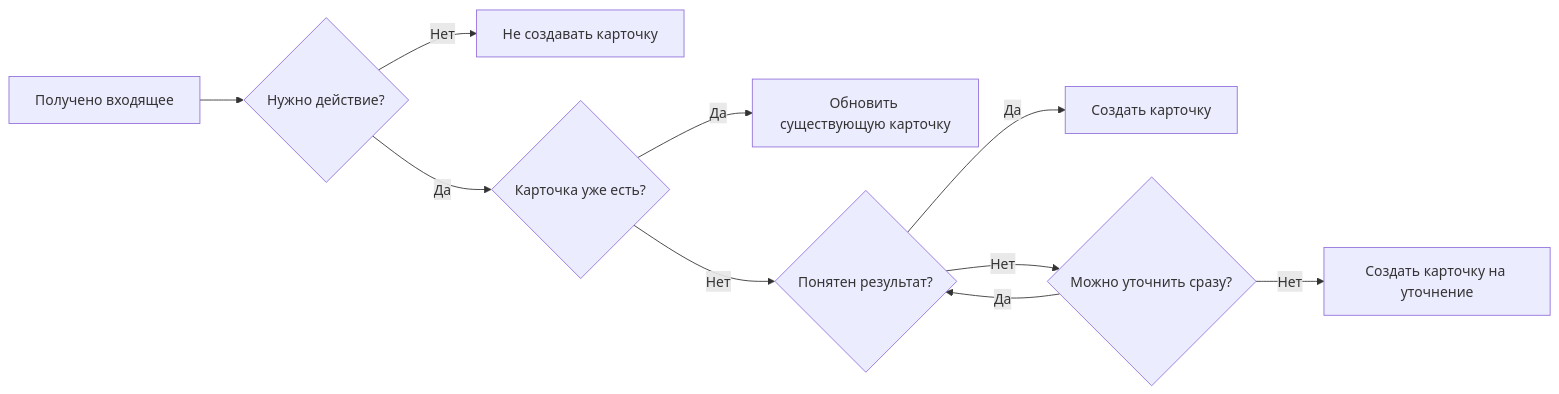
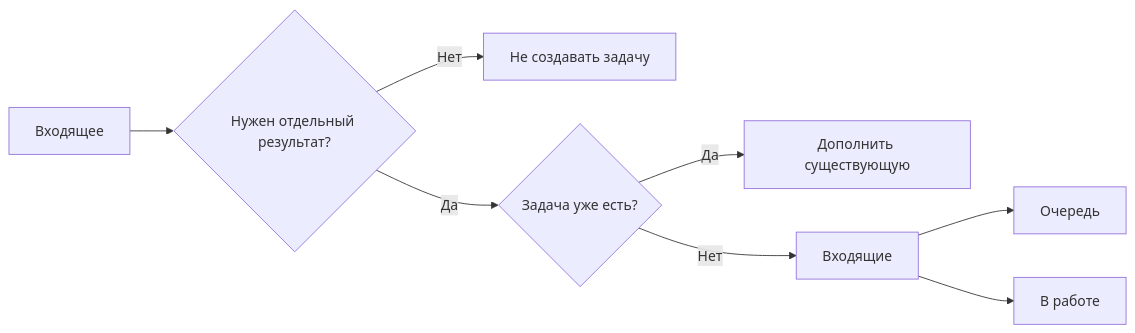
The first of 2 diagrams in docs/02-scripts.md (lazuale/department), drawn with Mermaid before and after one commit. The commit also changed other lines of this file, not shown here.

````diff
--- a/docs/02-scripts.md
+++ b/docs/02-scripts.md
@@ -21,12 +18,10 @@
 ```mermaid
 flowchart LR
-    A[Получено входящее] --> B{Нужно действие?}
-    B -- Нет --> C[Не создавать карточку]
-    B -- Да --> D{Карточка уже есть?}
-    D -- Да --> E[Обновить существующую карточку]
-    D -- Нет --> F{Понятен результат?}
-    F -- Да --> G[Создать карточку]
-    F -- Нет --> H{Можно уточнить сразу?}
-    H -- Да --> F
-    H -- Нет --> I[Создать карточку на уточнение]
+    A[Входящее] --> B{Нужен отдельный результат?}
+    B -- Нет --> X[Не создавать задачу]
+    B -- Да --> C{Задача уже есть?}
+    C -- Да --> D[Дополнить существующую]
+    C -- Нет --> I[Входящие]
+    I --> Q[Очередь]
+    I --> W[В работе]
 ```
````
